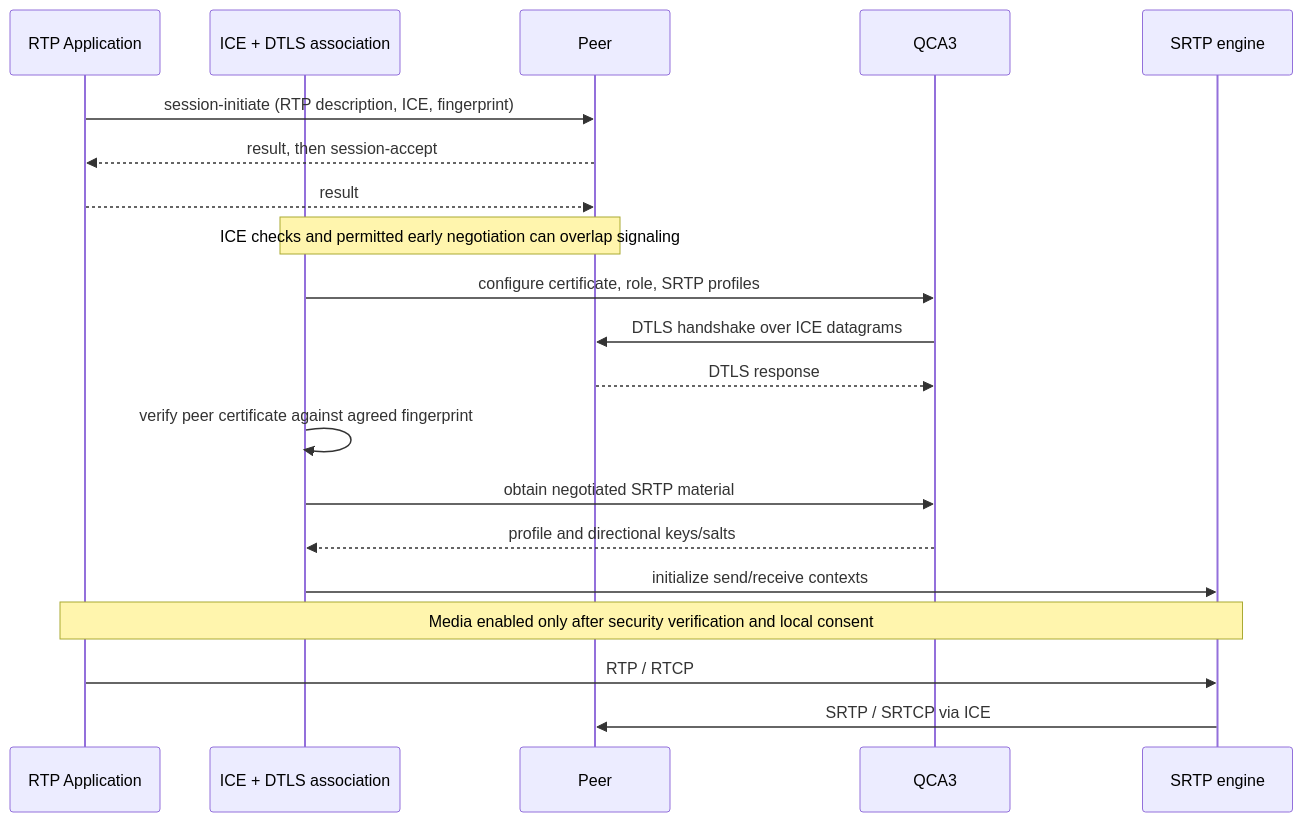
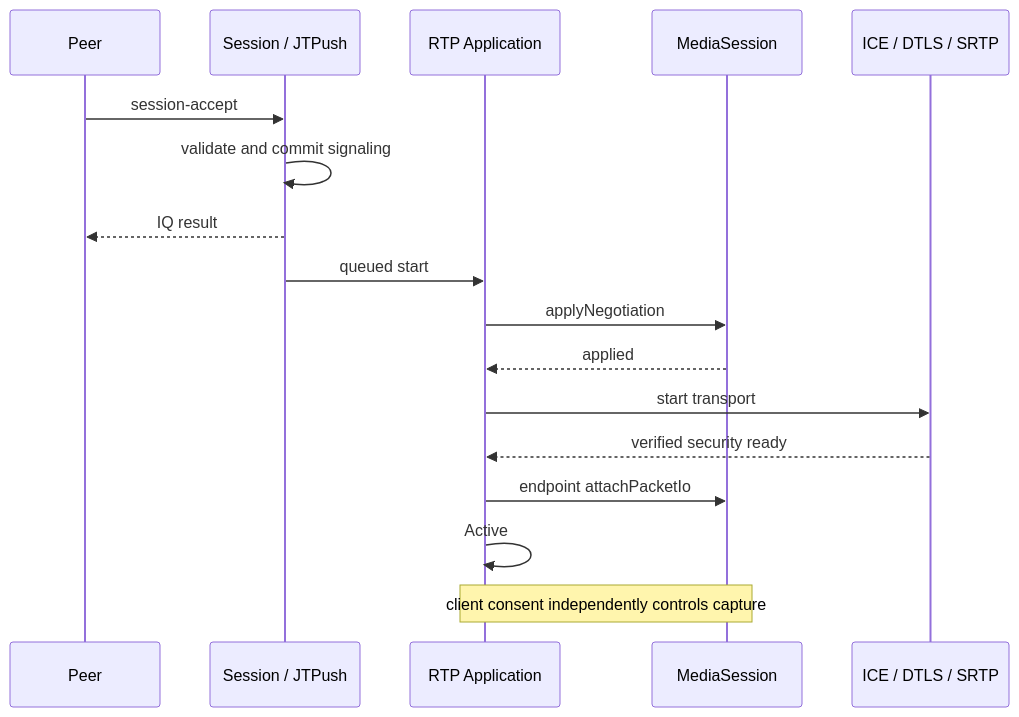
Before and after one commit to psi-im/iris: the third of 4 diagrams in docs/jingle-rtp-design.md, drawn with Mermaid. The commit also changed other lines of this file and 5 other files, not shown here.

````diff
--- a/docs/jingle-rtp-design.md
+++ b/docs/jingle-rtp-design.md
@@ -221,22 +159,19 @@
 ```mermaid
 sequenceDiagram
-    participant App as RTP Application
-    participant Ice as ICE + DTLS association
-    participant Peer as Peer
-    participant QCA as QCA3
-    participant Srtp as SRTP engine
-    App->>Peer: session-initiate (RTP description, ICE, fingerprint)
-    Peer-->>App: result, then session-accept
-    App-->>Peer: result
-    Note over Ice,Peer: ICE checks and permitted early negotiation can overlap signaling
-    Ice->>QCA: configure certificate, role, SRTP profiles
-    QCA->>Peer: DTLS handshake over ICE datagrams
-    Peer-->>QCA: DTLS response
-    Ice->>Ice: verify peer certificate against agreed fingerprint
-    Ice->>QCA: obtain negotiated SRTP material
-    QCA-->>Ice: profile and directional keys/salts
-    Ice->>Srtp: initialize send/receive contexts
-    Note over App,Srtp: Media enabled only after security verification and local consent
-    App->>Srtp: RTP / RTCP
-    Srtp->>Peer: SRTP / SRTCP via ICE
+    participant Peer
+    participant S as Session / JTPush
+    participant A as RTP Application
+    participant M as MediaSession
+    participant T as ICE / DTLS / SRTP
+    Peer->>S: session-accept
+    S->>S: validate and commit signaling
+    S-->>Peer: IQ result
+    S->>A: queued start
+    A->>M: applyNegotiation
+    M-->>A: applied
+    A->>T: start transport
+    T-->>A: verified security ready
+    A->>M: endpoint attachPacketIo
+    A->>A: Active
+    Note over A,M: client consent independently controls capture
 ```
````
